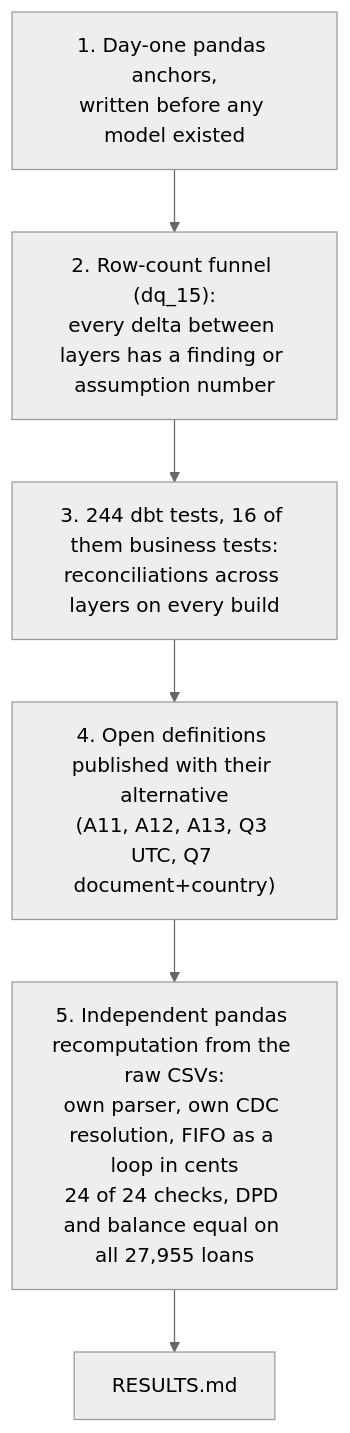
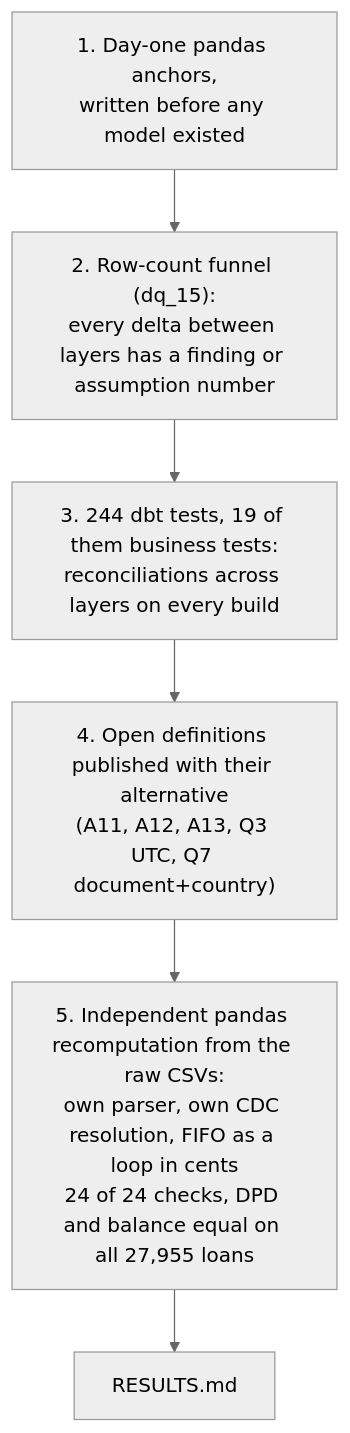
One commit to ccartag4/addi_challenge changed the fourth of 4 diagrams in data_challenge/deliverables/ARCHITECTURE.md. Above: the diagram before and after it, drawn with Mermaid (neutral theme). The commit also changed other lines of this file and 7 other files, not shown here.

````diff
--- a/data_challenge/deliverables/ARCHITECTURE.md
+++ b/data_challenge/deliverables/ARCHITECTURE.md
@@ -167,8 +167,8 @@
 ```mermaid
 flowchart TD
     L1["1. Day-one pandas anchors,<br/>written before any model existed"] --> L2["2. Row-count funnel (dq_15):<br/>every delta between layers has a finding or assumption number"]
-    L2 --> L3["3. 244 dbt tests, 16 of them business tests:<br/>reconciliations across layers on every build"]
+    L2 --> L3["3. 244 dbt tests, 19 of them business tests:<br/>reconciliations across layers on every build"]
     L3 --> L4["4. Open definitions published with their alternative<br/>(A11, A12, A13, Q3 UTC, Q7 document+country)"]
     L4 --> L5["5. Independent pandas recomputation from the raw CSVs:<br/>own parser, own CDC resolution, FIFO as a loop in cents<br/>24 of 24 checks, DPD and balance equal on all 27,955 loans"]
     L5 --> R["RESULTS.md"]
 ```
````
